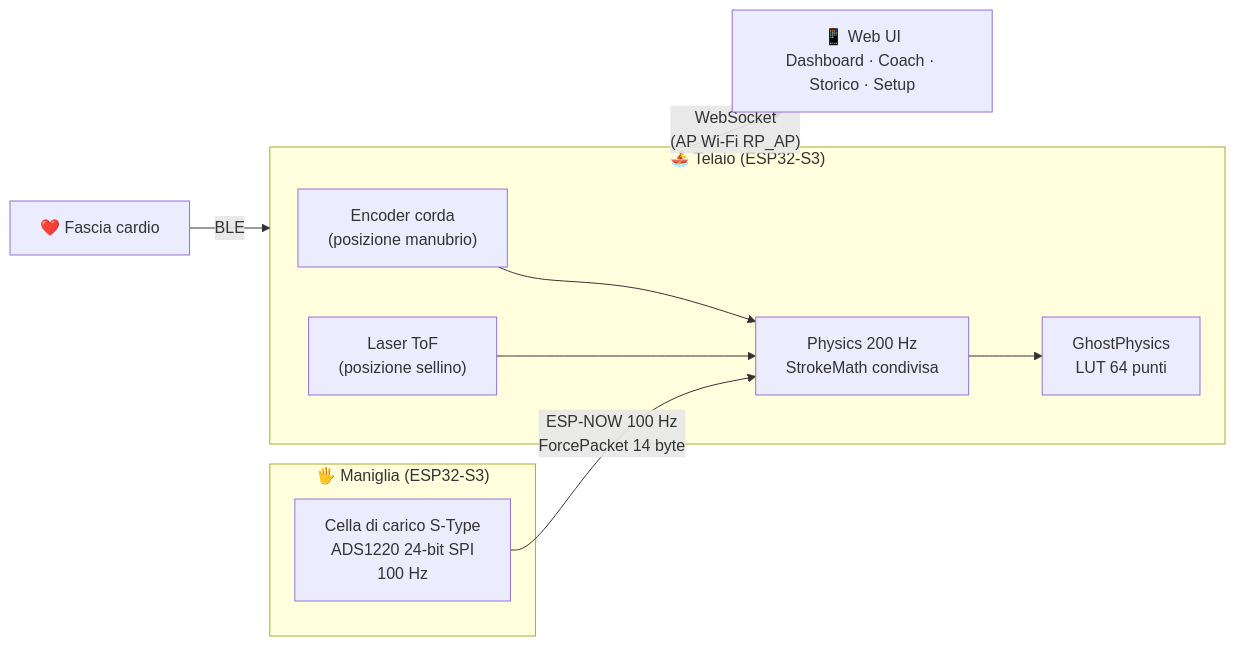
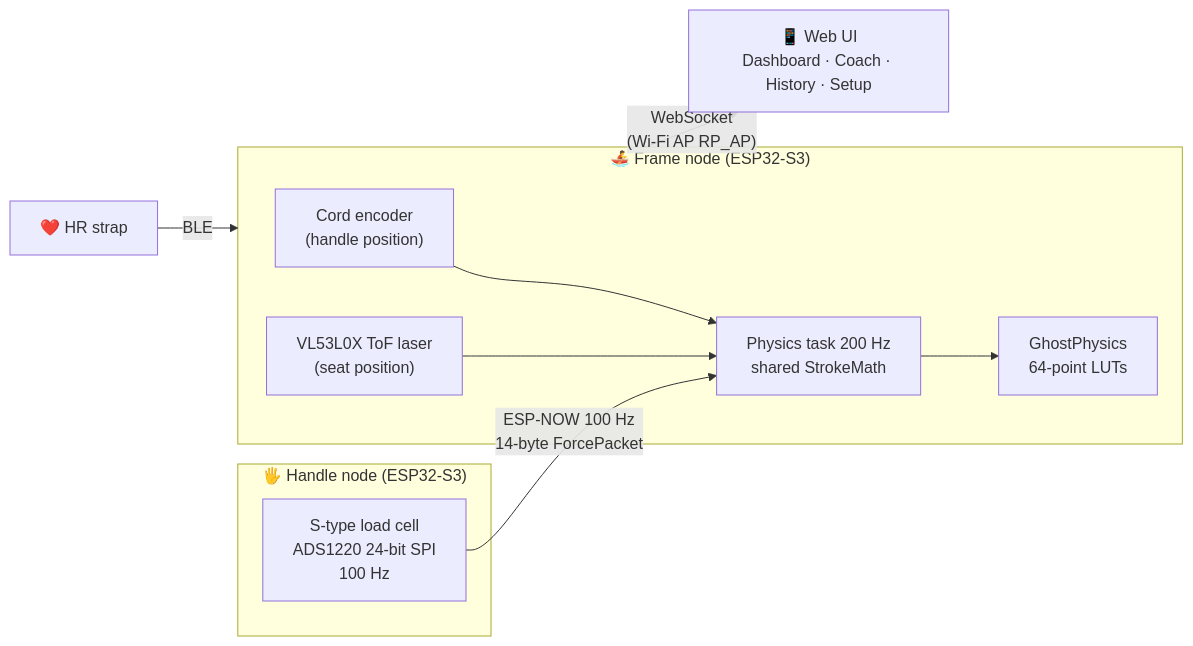
The diagram in README.md (Ste86-sudo/SmartRowerPro), drawn with Mermaid before and after one commit. The commit also changed other lines of this file and 2 other files, not shown here.

````diff
--- a/README.md
+++ b/README.md
@@ -36,21 +39,21 @@
 ```mermaid
 flowchart LR
-    subgraph MANIGLIA ["🖐 Maniglia (ESP32-S3)"]
-        LC["Cella di carico S-Type<br/>ADS1220 24-bit SPI<br/>100 Hz"]
+    subgraph HANDLE ["🖐 Handle node (ESP32-S3)"]
+        LC["S-type load cell<br/>ADS1220 24-bit SPI<br/>100 Hz"]
     end
 
-    subgraph TELAIO ["🚣 Telaio (ESP32-S3)"]
-        ENC["Encoder corda<br/>(posizione manubrio)"]
-        TOF["Laser ToF<br/>(posizione sellino)"]
-        PHY["Physics 200 Hz<br/>StrokeMath condivisa"]
-        GHOST["GhostPhysics<br/>LUT 64 punti"]
+    subgraph FRAME ["🚣 Frame node (ESP32-S3)"]
+        ENC["Cord encoder<br/>(handle position)"]
+        TOF["VL53L0X ToF laser<br/>(seat position)"]
+        PHY["Physics task 200 Hz<br/>shared StrokeMath"]
+        GHOST["GhostPhysics<br/>64-point LUTs"]
     end
 
-    HR["❤️ Fascia cardio"] -- BLE --> TELAIO
-    LC -- "ESP-NOW 100 Hz<br/>ForcePacket 14 byte" --> PHY
+    HR["❤️ HR strap"] -- BLE --> FRAME
+    LC -- "ESP-NOW 100 Hz<br/>14-byte ForcePacket" --> PHY
     ENC --> PHY
     TOF --> PHY
     PHY --> GHOST
 
-    TELAIO -- "WebSocket<br/>(AP Wi-Fi RP_AP)" --> UI["📱 Web UI<br/>Dashboard · Coach · Storico · Setup"]
+    FRAME -- "WebSocket<br/>(Wi-Fi AP RP_AP)" --> UI["📱 Web UI<br/>Dashboard · Coach · History · Setup"]
 ```
````
